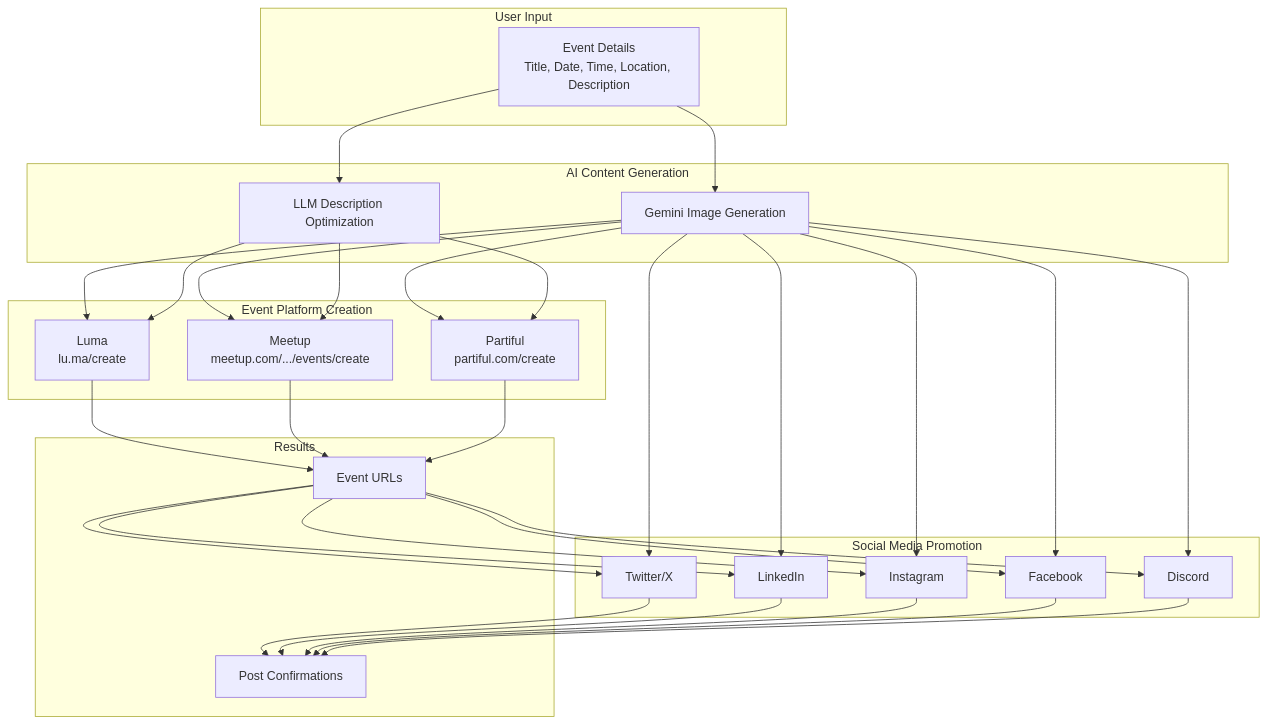
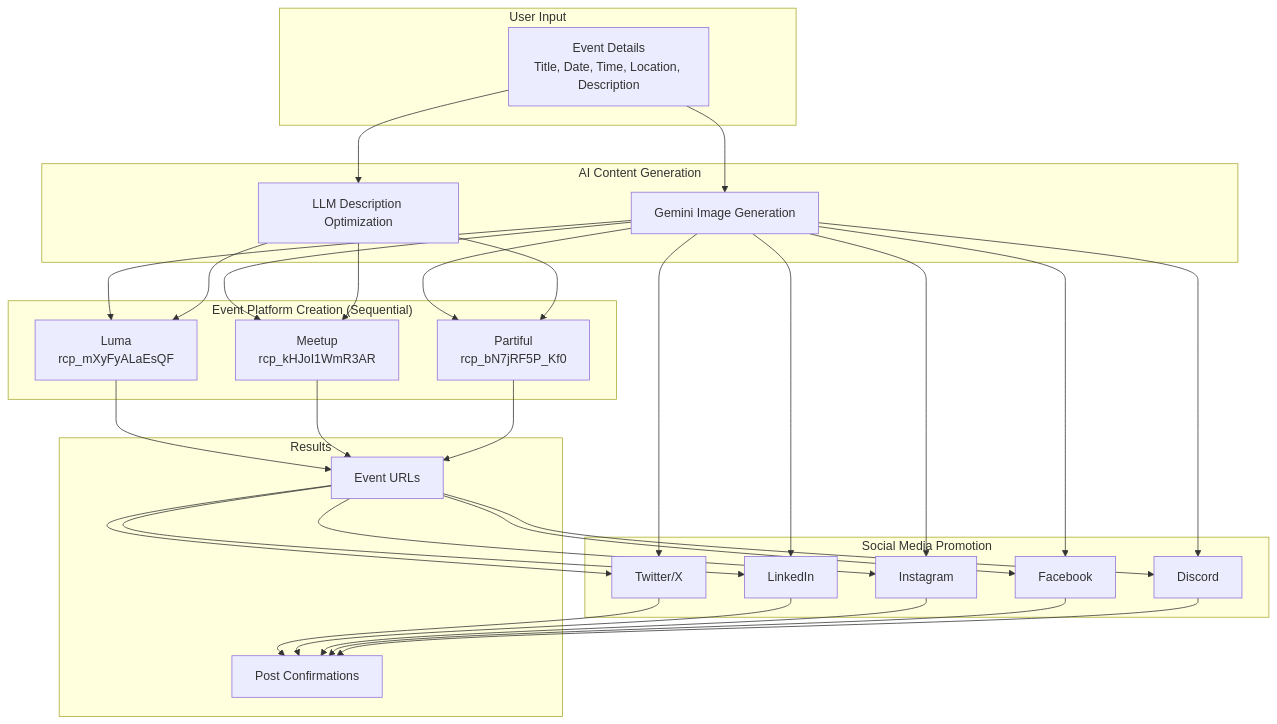
Before and after one commit to Coffee-Code-Philly-Accelerator/CCP-Digital-Marketing: the first of 6 diagrams in README.md, drawn with Mermaid. The commit also changed other lines of this file and 83 other files, not shown here.

First line of the commit message:
Migrate event creation to Hyperbrowser with persistent auth and clean up codebase

````diff
--- a/README.md
+++ b/README.md
@@ -16,41 +16,41 @@
 ```mermaid
 flowchart TB
     subgraph Input["User Input"]
         A[Event Details<br/>Title, Date, Time, Location, Description]
     end
 
     subgraph AI["AI Content Generation"]
         B[Gemini Image Generation]
         C[LLM Description Optimization]
     end
 
-    subgraph Events["Event Platform Creation"]
-        D[Luma<br/>lu.ma/create]
-        E[Meetup<br/>meetup.com/.../events/create]
-        F[Partiful<br/>partiful.com/create]
+    subgraph Events["Event Platform Creation (Sequential)"]
+        D[Luma<br/>rcp_mXyFyALaEsQF]
+        E[Meetup<br/>rcp_kHJoI1WmR3AR]
+        F[Partiful<br/>rcp_bN7jRF5P_Kf0]
     end
 
     subgraph Social["Social Media Promotion"]
         G[Twitter/X]
         H[LinkedIn]
         I[Instagram]
         J[Facebook]
         K[Discord]
     end
 
     subgraph Output["Results"]
         L[Event URLs]
         M[Post Confirmations]
     end
 
     A --> B
     A --> C
     B --> D & E & F
     C --> D & E & F
     D --> L
     E --> L
     F --> L
     L --> G & H & I & J & K
     B --> G & H & I & J & K
     G & H & I & J & K --> M
 ```
````
